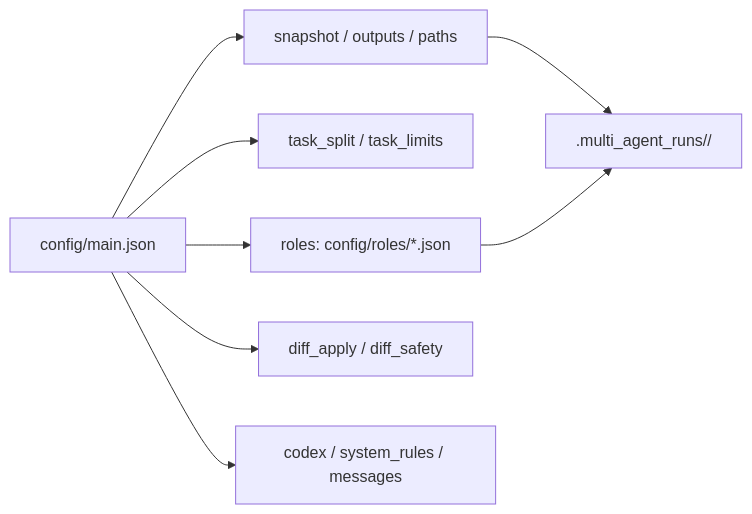
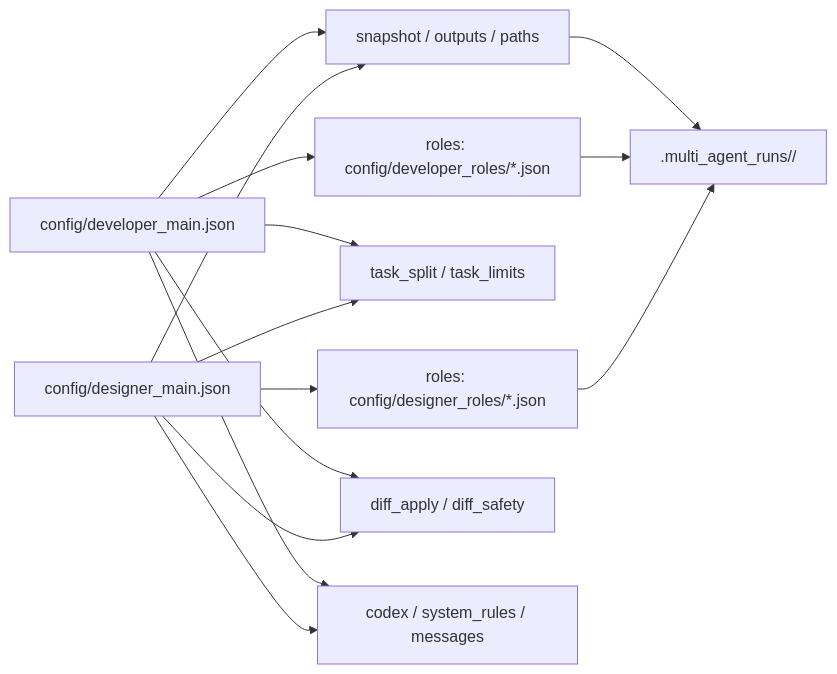
One commit to CodeName-666/CodexCli-MultiAgent changed the first of 2 diagrams in README.md. Above: the diagram before and after it, drawn with Mermaid. The commit also changed other lines of this file and 19 other files, not shown here.

````diff
--- a/README.md
+++ b/README.md
@@ -181,10 +187,16 @@
 ```mermaid
 flowchart LR
-    A[config/main.json] --> B[roles: config/roles/*.json]
-    A --> C[task_split / task_limits]
-    A --> D[snapshot / outputs / paths]
-    A --> E[diff_apply / diff_safety]
-    A --> F[codex / system_rules / messages]
+    A1[config/developer_main.json] --> B1[roles: config/developer_roles/*.json]
+    A2[config/designer_main.json] --> B2[roles: config/designer_roles/*.json]
+    A1 --> C[task_split / task_limits]
+    A2 --> C
+    A1 --> D[snapshot / outputs / paths]
+    A2 --> D
+    A1 --> E[diff_apply / diff_safety]
+    A2 --> E
+    A1 --> F[codex / system_rules / messages]
+    A2 --> F
     D --> G[.multi_agent_runs/<run_id>/]
-    B --> G
+    B1 --> G
+    B2 --> G
 ```
````
